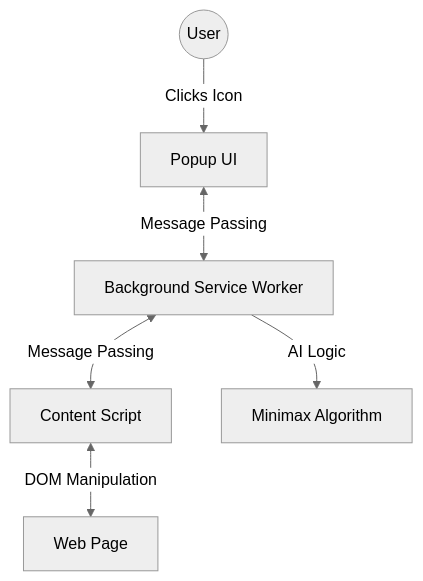
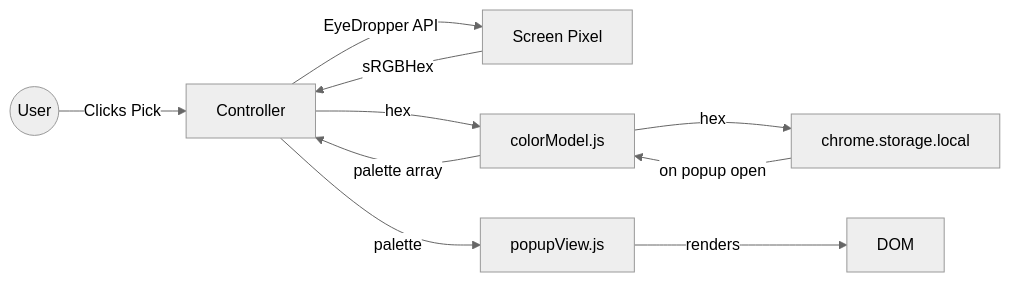
One commit to axlgoze/color-picker-extesion changed the diagram in README.md. Above: the diagram before and after it, drawn with Mermaid (neutral theme). The commit also changed other lines of this file and 13 other files, not shown here.

````diff
--- a/README.md
+++ b/README.md
@@ -27,8 +40,12 @@
 ```mermaid
-graph TD
-    User((User)) -->|Clicks Icon| Popup[Popup UI]
-    Popup <-->|Message Passing| BSW[Background Service Worker]
-    BSW <-->|Message Passing| CS[Content Script]
-    CS <-->|DOM Manipulation| WebPage[Web Page]
-    BSW -->|AI Logic| Minimax[Minimax Algorithm]
+graph LR
+    User((User)) -->|Clicks Pick| Controller
+    Controller -->|EyeDropper API| Screen[Screen Pixel]
+    Screen -->|sRGBHex| Controller
+    Controller -->|hex| Model[colorModel.js]
+    Model -->|palette array| Controller
+    Controller -->|palette| View[popupView.js]
+    View -->|renders| DOM
+    Model -->|hex| Storage[chrome.storage.local]
+    Storage -->|on popup open| Model
 ```
````
